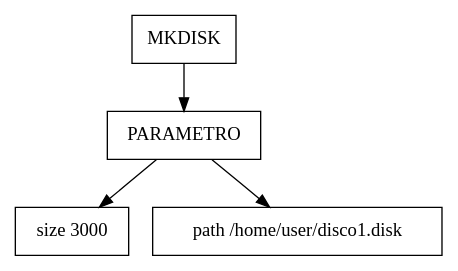
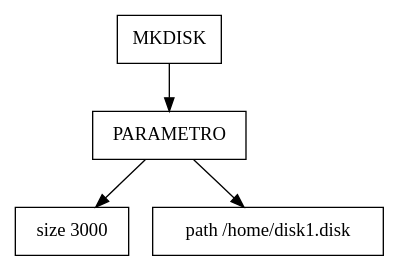
Before and after one commit to raulxiloj/FileSystem_1: the diagram in build-FileSystem_1-Desktop_Qt_5_12_1_GCC_64bit-Debug/temp.dot, drawn with Graphviz. The commit also changed 6 other files, not shown here.

```diff
--- a/build-FileSystem_1-Desktop_Qt_5_12_1_GCC_64bit-Debug/temp.dot
+++ b/build-FileSystem_1-Desktop_Qt_5_12_1_GCC_64bit-Debug/temp.dot
@@ -1,10 +1,10 @@
 digraph G{
 node [shape="box"]
 NodoAST0[label="MKDISK"];
 NodoAST1[label= "PARAMETRO "];
 NodoAST0->NodoAST1;
 NodoAST2[label= "size 3000"];
 NodoAST1->NodoAST2;
-NodoAST3[label= "path /home/user/disco1.disk"];
+NodoAST3[label= "path /home/disk1.disk"];
 NodoAST1->NodoAST3;
 }
```
